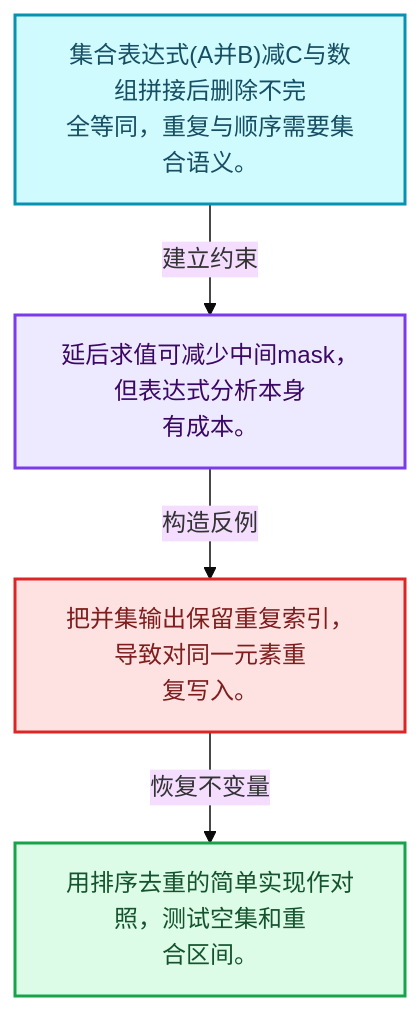
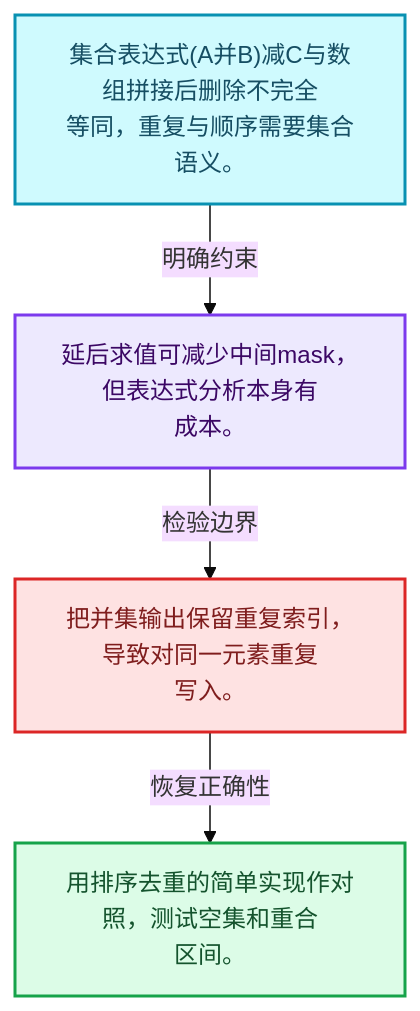
The first of 4 diagrams in 杂/markdown/全面学习-codex/04-虚拟数组与索引选择/11-集合表达式与运算.md (yunkezengren/blender-.vscode), drawn with Mermaid (base theme) before and after one commit. The commit also changed other lines of this file and 1930 other files, not shown here.

````diff
--- a/杂/markdown/全面学习-codex/04-虚拟数组与索引选择/11-集合表达式与运算.md
+++ b/杂/markdown/全面学习-codex/04-虚拟数组与索引选择/11-集合表达式与运算.md
@@ -29,16 +29,16 @@
 ```mermaid
 flowchart TB
-  M["集合表达式(A并B)减C与数组拼接后删除不完<br/>全等同，重复与顺序需要集合语义。"]:::data
-  T["延后求值可减少中间mask，但表达式分析本身<br/>有成本。"]:::abstraction
-  X["把并集输出保留重复索引，导致对同一元素重<br/>复写入。"]:::error
-  A["用排序去重的简单实现作对照，测试空集和重<br/>合区间。"]:::result
-  M -->|"建立约束"| T
-  T -->|"构造反例"| X
-  X -->|"恢复不变量"| A
+  M["集合表达式(A并B)减C与数组拼接后删除不完全<br/>等同，重复与顺序需要集合语义。"]:::data
+  C["延后求值可减少中间mask，但表达式分析本身有<br/>成本。"]:::abstraction
+  B["把并集输出保留重复索引，导致对同一元素重复<br/>写入。"]:::error
+  R["用排序去重的简单实现作对照，测试空集和重合<br/>区间。"]:::result
+  M -->|"明确约束"| C
+  C -->|"检验边界"| B
+  B -->|"恢复正确性"| R
   classDef input fill:#DBEAFE,stroke:#2563EB,color:#172554,stroke-width:2px;
   classDef data fill:#CFFAFE,stroke:#0891B2,color:#164E63,stroke-width:2px;
   classDef abstraction fill:#EDE9FE,stroke:#7C3AED,color:#3B0764,stroke-width:2px;
   classDef compute fill:#FEF3C7,stroke:#D97706,color:#78350F,stroke-width:2px;
   classDef result fill:#DCFCE7,stroke:#16A34A,color:#14532D,stroke-width:2px;
   classDef error fill:#FEE2E2,stroke:#DC2626,color:#7F1D1D,stroke-width:2px;
 ```
````
